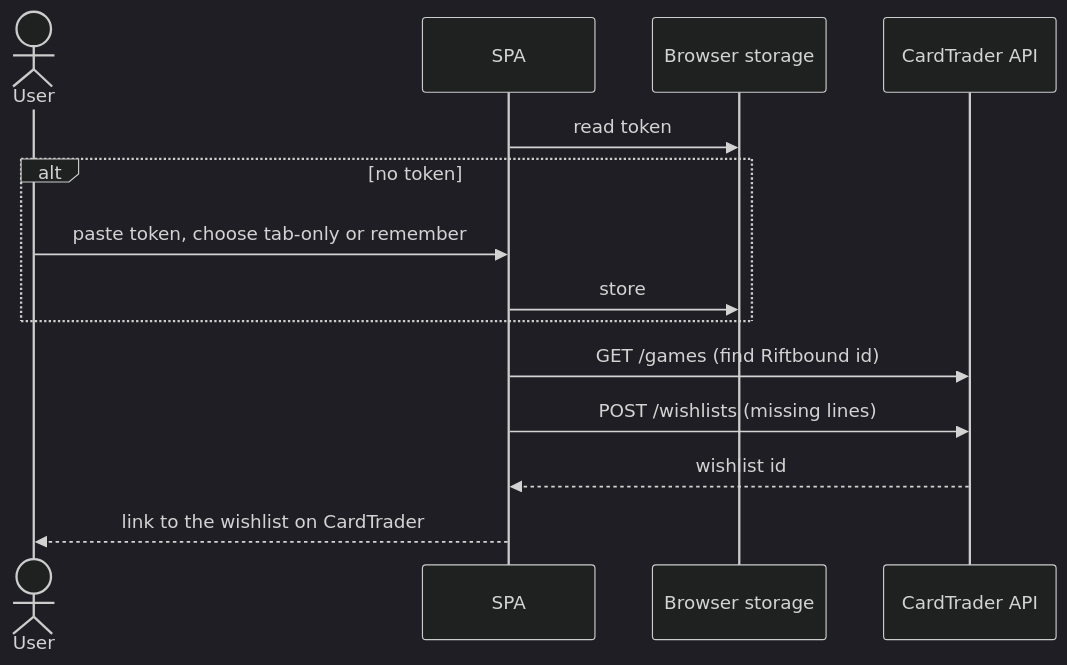
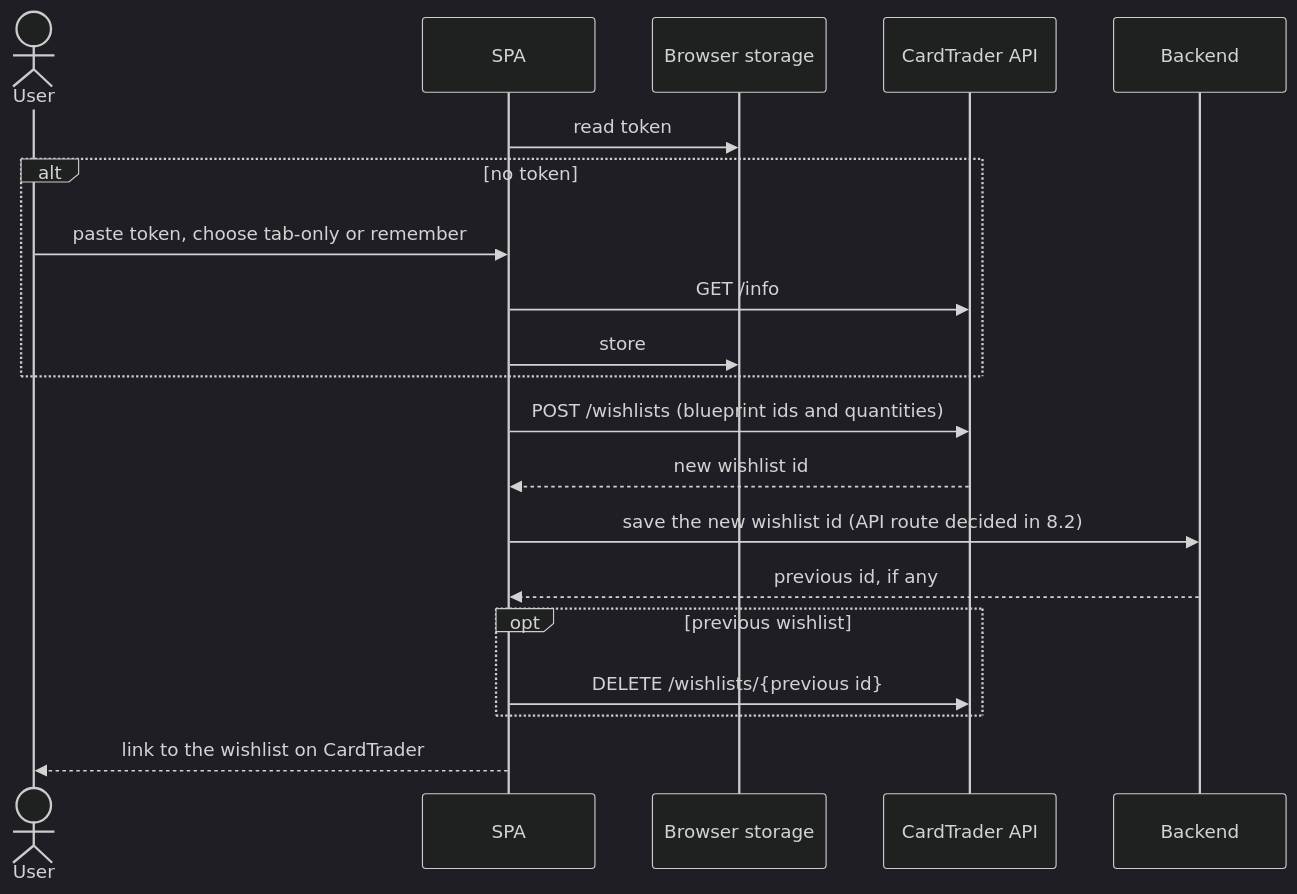
One commit to NichAnti/runebinder changed the seventh of 7 diagrams in docs/03-data-and-flows.md. Above: the diagram before and after it, drawn with Mermaid (dark theme). The commit also changed other lines of this file and 1 other file, not shown here.

````diff
--- a/docs/03-data-and-flows.md
+++ b/docs/03-data-and-flows.md
@@ -175,16 +230,22 @@
 ```mermaid
 sequenceDiagram
   actor U as User
   participant S as SPA
   participant B as Browser storage
   participant CT as CardTrader API
+  participant W as Backend
   S->>B: read token
   alt no token
     U->>S: paste token, choose tab-only or remember
+    S->>CT: GET /info
     S->>B: store
   end
-  S->>CT: GET /games (find Riftbound id)
-  S->>CT: POST /wishlists (missing lines)
-  CT-->>S: wishlist id
+  S->>CT: POST /wishlists (blueprint ids and quantities)
+  CT-->>S: new wishlist id
+  S->>W: save the new wishlist id (API route decided in 8.2)
+  W-->>S: previous id, if any
+  opt previous wishlist
+    S->>CT: DELETE /wishlists/{previous id}
+  end
   S-->>U: link to the wishlist on CardTrader
 ```
````
